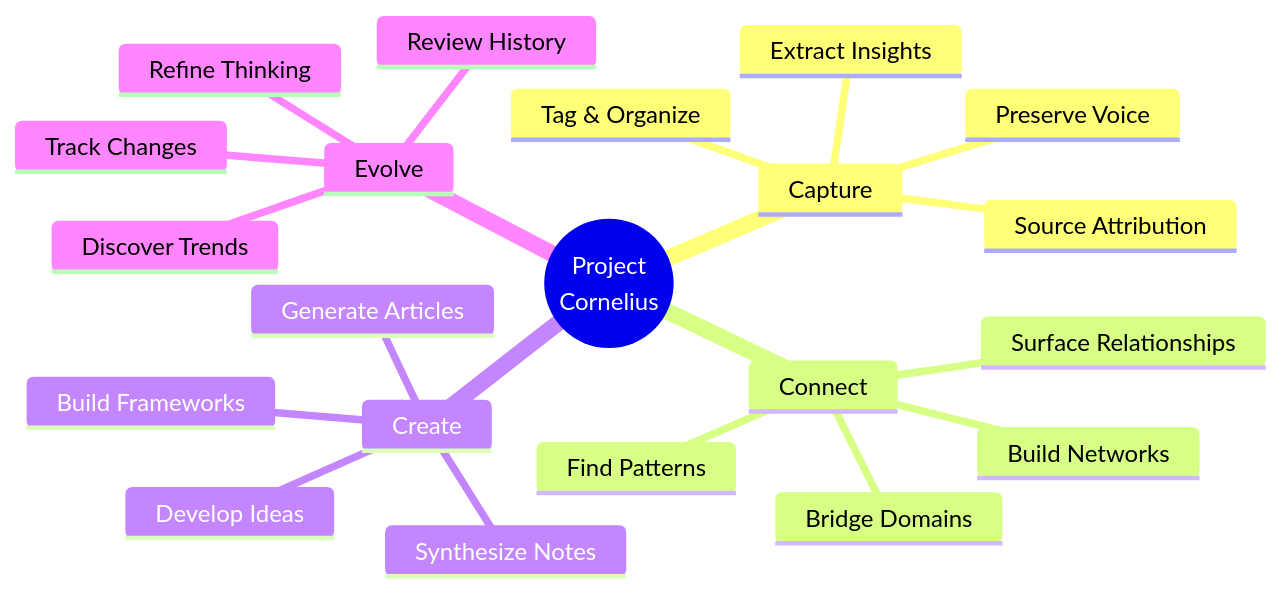
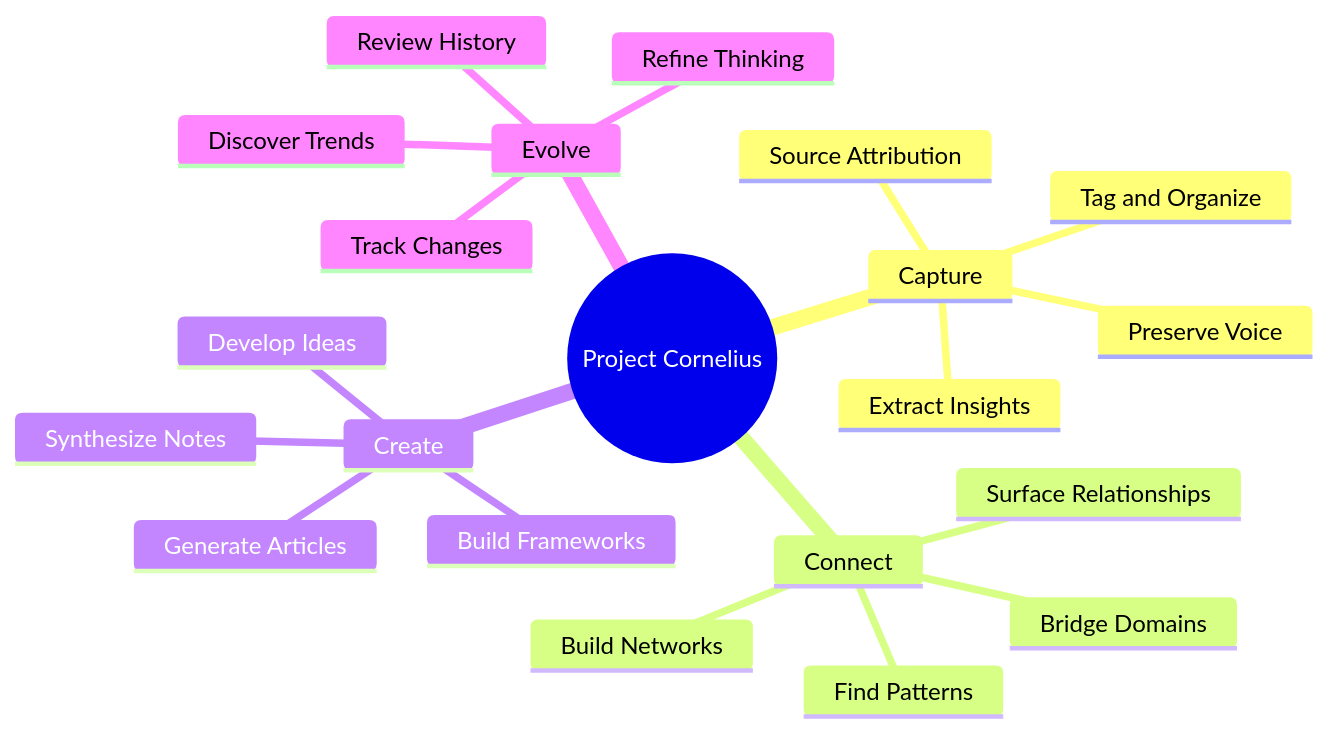
The third of 3 diagrams in README.md (vybe/project_cornelius), drawn with Mermaid before and after one commit. The commit also changed other lines of this file, not shown here.

First line of the commit message:
Fix Mermaid diagrams for GitHub compatibility

````diff
--- a/README.md
+++ b/README.md
@@ -138,24 +138,24 @@
 ```mermaid
 mindmap
-  root((Project<br/>Cornelius))
+  root((Project Cornelius))
     Capture
       Extract Insights
       Preserve Voice
-      Tag & Organize
+      Tag and Organize
       Source Attribution
     Connect
       Find Patterns
       Bridge Domains
       Surface Relationships
       Build Networks
     Create
       Synthesize Notes
       Generate Articles
       Build Frameworks
       Develop Ideas
     Evolve
       Track Changes
       Review History
       Discover Trends
       Refine Thinking
 ```
````
